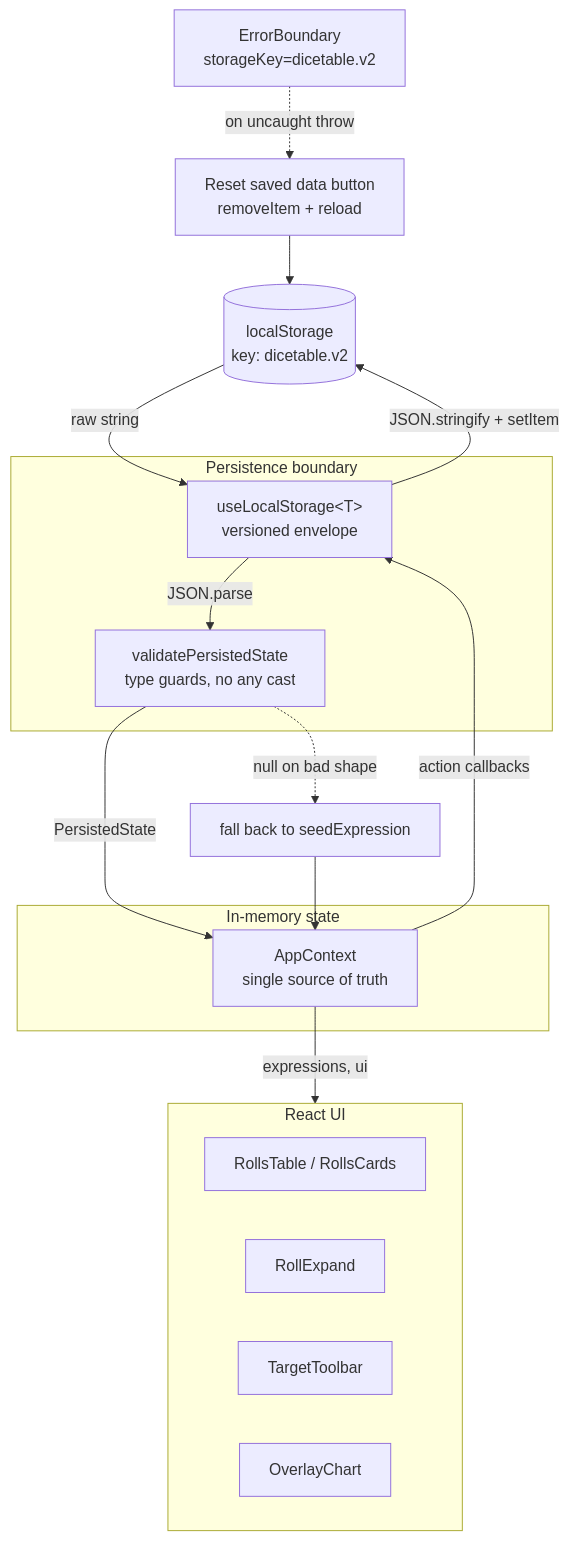
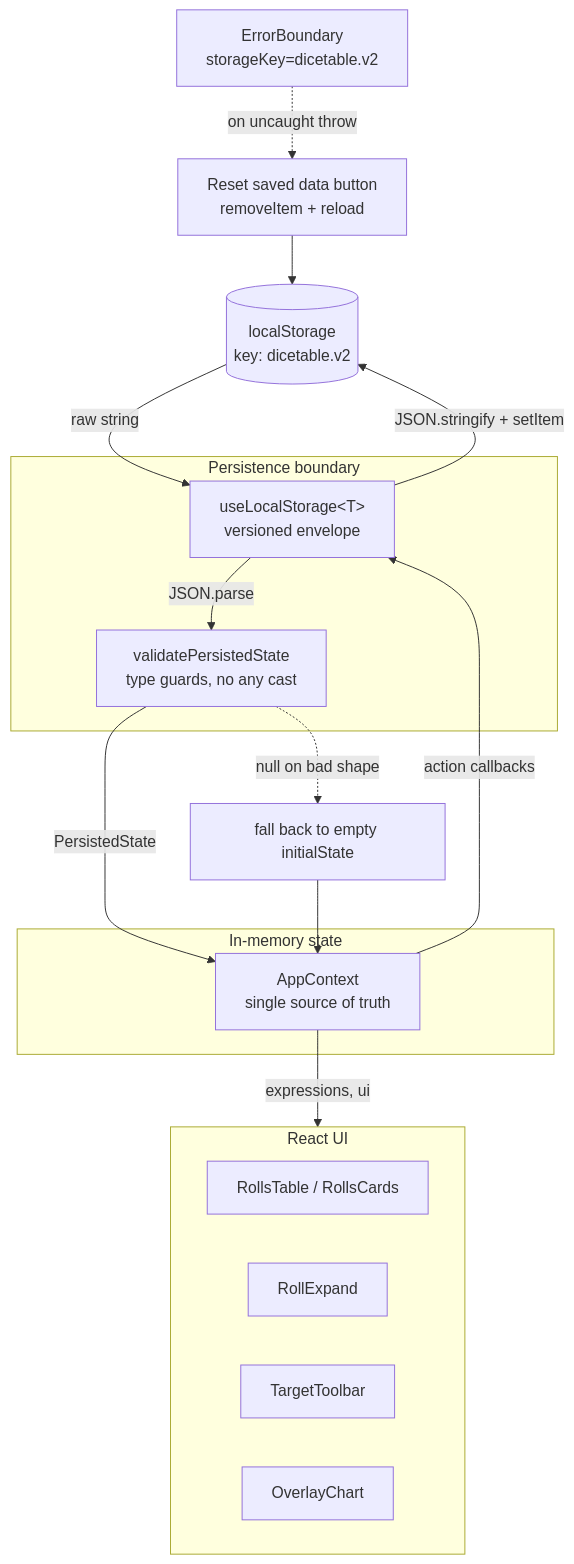
One commit to a1clark1a/diceTable changed the diagram in docs/architecture/local-storage.md. Above: the diagram before and after it, drawn with Mermaid. The commit also changed other lines of this file and 19 other files, not shown here.

````diff
--- a/docs/architecture/local-storage.md
+++ b/docs/architecture/local-storage.md
@@ -48,32 +48,32 @@
 ```mermaid
 flowchart TD
   LS[(localStorage<br/>key: dicetable.v2)]
 
   subgraph Boundary[Persistence boundary]
     Hook[useLocalStorage&lt;T&gt;<br/>versioned envelope]
     Validator[validatePersistedState<br/>type guards, no any cast]
   end
 
   subgraph Memory[In-memory state]
     Ctx[AppContext<br/>single source of truth]
   end
 
   subgraph UI[React UI]
     Table[RollsTable / RollsCards]
     Expand[RollExpand]
     Toolbar[TargetToolbar]
     Chart[OverlayChart]
   end
 
   LS -->|raw string| Hook
   Hook -->|JSON.parse| Validator
   Validator -->|PersistedState| Ctx
-  Validator -.->|null on bad shape| Init[fall back to seedExpression]
+  Validator -.->|null on bad shape| Init[fall back to empty initialState]
   Init --> Ctx
   Ctx -->|action callbacks| Hook
   Hook -->|JSON.stringify + setItem| LS
   Ctx -->|expressions, ui| UI
 
   EB[ErrorBoundary<br/>storageKey=dicetable.v2] -.->|on uncaught throw| Reset[Reset saved data button<br/>removeItem + reload]
   Reset --> LS
 ```
````
